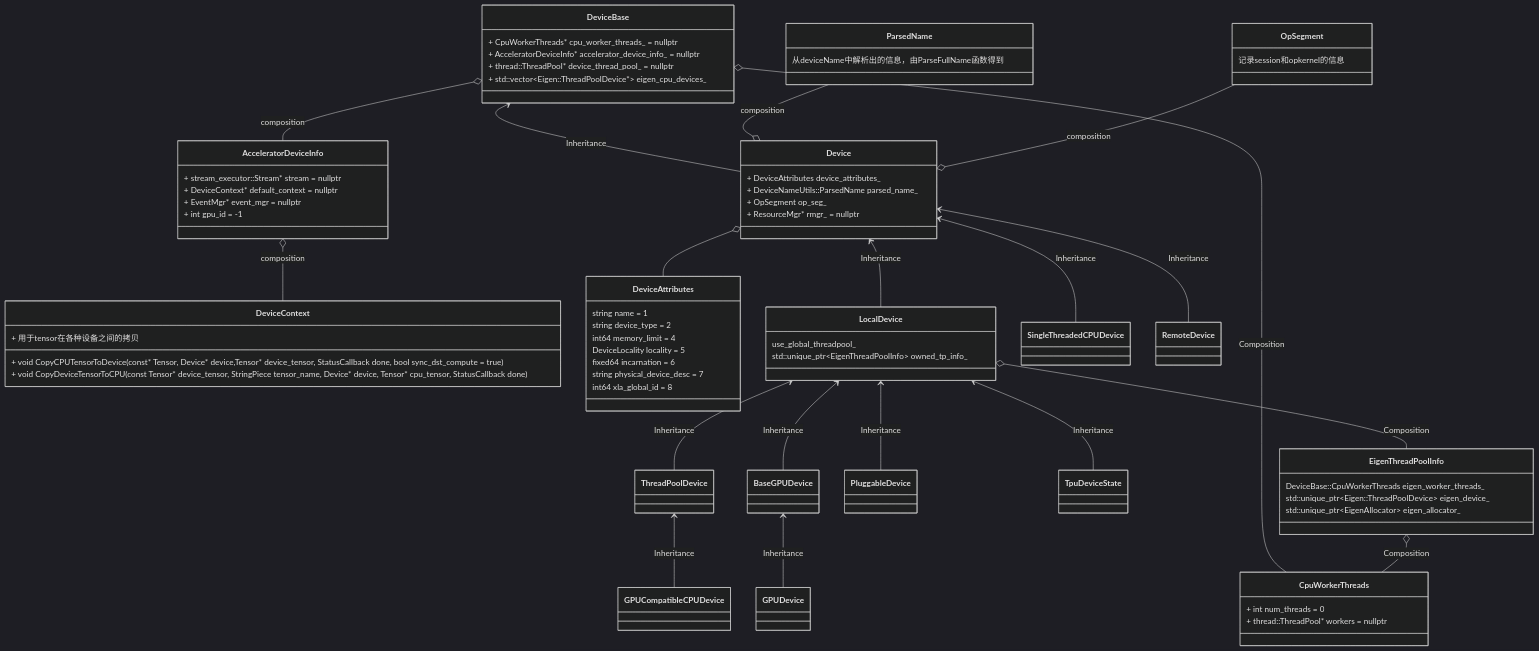
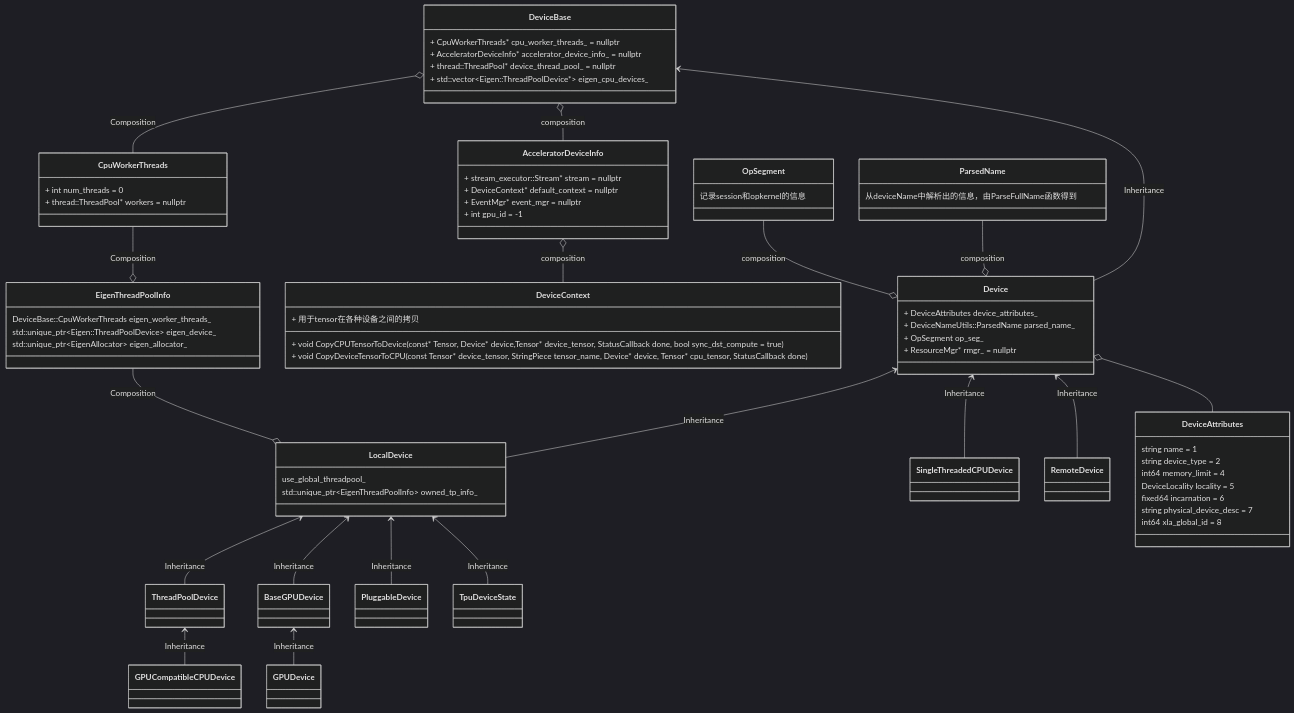
The second of 3 diagrams in tensorflow源码精读/tensorflow源码精读之Device.md (szkang1990/blog), drawn with Mermaid (dark theme) before and after one commit. The commit also changed other lines of this file, not shown here.

Commit message:
add some log

````diff
--- a/tensorflow源码精读/tensorflow源码精读之Device.md
+++ b/tensorflow源码精读/tensorflow源码精读之Device.md
@@ -365,60 +366,64 @@
 ```mermaid
 classDiagram
   DeviceBase <--Device: Inheritance
   DeviceBase : + CpuWorkerThreads* cpu_worker_threads_ = nullptr
   DeviceBase : + AcceleratorDeviceInfo* accelerator_device_info_ = nullptr
   DeviceBase : + thread&#58&#58ThreadPool* device_thread_pool_ = nullptr
   DeviceBase : + std&#58&#58vector&#60Eigen&#58&#58ThreadPoolDevice*> eigen_cpu_devices_
-  DeviceBase  o-- CpuWorkerThreads: Composition
-  CpuWorkerThreads : + int num_threads = 0
-  CpuWorkerThreads : + thread&#58&#58ThreadPool* workers = nullptr
   DeviceBase o-- AcceleratorDeviceInfo: composition
   AcceleratorDeviceInfo:+  stream_executor&#58&#58Stream* stream = nullptr
   AcceleratorDeviceInfo:+  DeviceContext* default_context = nullptr
   AcceleratorDeviceInfo:+  EventMgr* event_mgr = nullptr
   AcceleratorDeviceInfo:+  int gpu_id = -1
   AcceleratorDeviceInfo o-- DeviceContext: composition
   DeviceContext:+ void CopyCPUTensorToDevice(const* Tensor, Device* device,Tensor* device_tensor, StatusCallback done, bool sync_dst_compute = true)
   DeviceContext:+ void CopyDeviceTensorToCPU(const Tensor* device_tensor, StringPiece tensor_name, Device* device, Tensor* cpu_tensor, StatusCallback done)
   DeviceContext:+ 用于tensor在各种设备之间的拷贝
+  DeviceBase  o-- CpuWorkerThreads: Composition
+  CpuWorkerThreads : + int num_threads = 0
+  CpuWorkerThreads : + thread&#58&#58ThreadPool* workers = nullptr
+
   Device : + DeviceAttributes device_attributes_
   Device : + DeviceNameUtils&#58&#58ParsedName parsed_name_
   Device : + OpSegment op_seg_
   Device : + ResourceMgr* rmgr_ = nullptr
 
-  Device o-- DeviceAttributes
-  DeviceAttributes : string name = 1
-  DeviceAttributes : string device_type = 2
-  DeviceAttributes : int64 memory_limit = 4
-  DeviceAttributes : DeviceLocality locality = 5
-  DeviceAttributes : fixed64 incarnation = 6
-  DeviceAttributes : string physical_device_desc = 7
-  DeviceAttributes : int64 xla_global_id = 8
+
 
   ParsedName --o Device :composition
   ParsedName : 从deviceName中解析出的信息，由ParseFullName函数得到
 
   OpSegment --o Device: composition
   OpSegment: 记录session和opkernel的信息
 
 
   Device <--LocalDevice : Inheritance
   Device <--SingleThreadedCPUDevice : Inheritance
-  Device <--RemoteDevice : Inheritance
+  
   LocalDevice <--ThreadPoolDevice : Inheritance
   LocalDevice <--BaseGPUDevice : Inheritance
   LocalDevice <--PluggableDevice : Inheritance
   LocalDevice <--TpuDeviceState : Inheritance
   BaseGPUDevice <--GPUDevice : Inheritance
   ThreadPoolDevice <--GPUCompatibleCPUDevice : Inheritance
 
+
   LocalDevice : use_global_threadpool_
   LocalDevice : std&#58&#58unique_ptr&#60EigenThreadPoolInfo> owned_tp_info_
+  Device <--RemoteDevice : Inheritance
+  Device o-- DeviceAttributes
+  DeviceAttributes : string name = 1
+  DeviceAttributes : string device_type = 2
+  DeviceAttributes : int64 memory_limit = 4
+  DeviceAttributes : DeviceLocality locality = 5
+  DeviceAttributes : fixed64 incarnation = 6
+  DeviceAttributes : string physical_device_desc = 7
+  DeviceAttributes : int64 xla_global_id = 8
 
-  LocalDevice o--   EigenThreadPoolInfo : Composition
+  EigenThreadPoolInfo --o LocalDevice: Composition
 
-  EigenThreadPoolInfo   o-- CpuWorkerThreads: Composition
+  CpuWorkerThreads --o EigenThreadPoolInfo   : Composition
   EigenThreadPoolInfo : DeviceBase&#58&#58CpuWorkerThreads eigen_worker_threads_
   EigenThreadPoolInfo : std&#58&#58unique_ptr&#60Eigen&#58&#58ThreadPoolDevice> eigen_device_
   EigenThreadPoolInfo : std&#58&#58unique_ptr&#60EigenAllocator> eigen_allocator_
 ```
````
